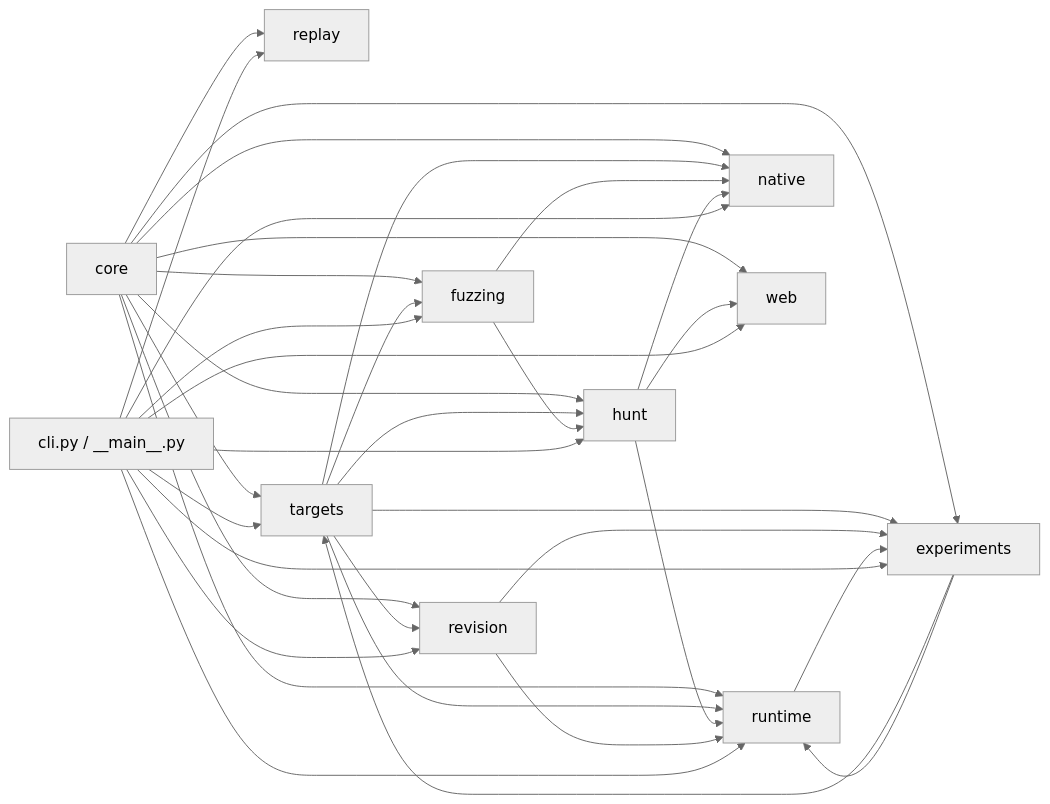
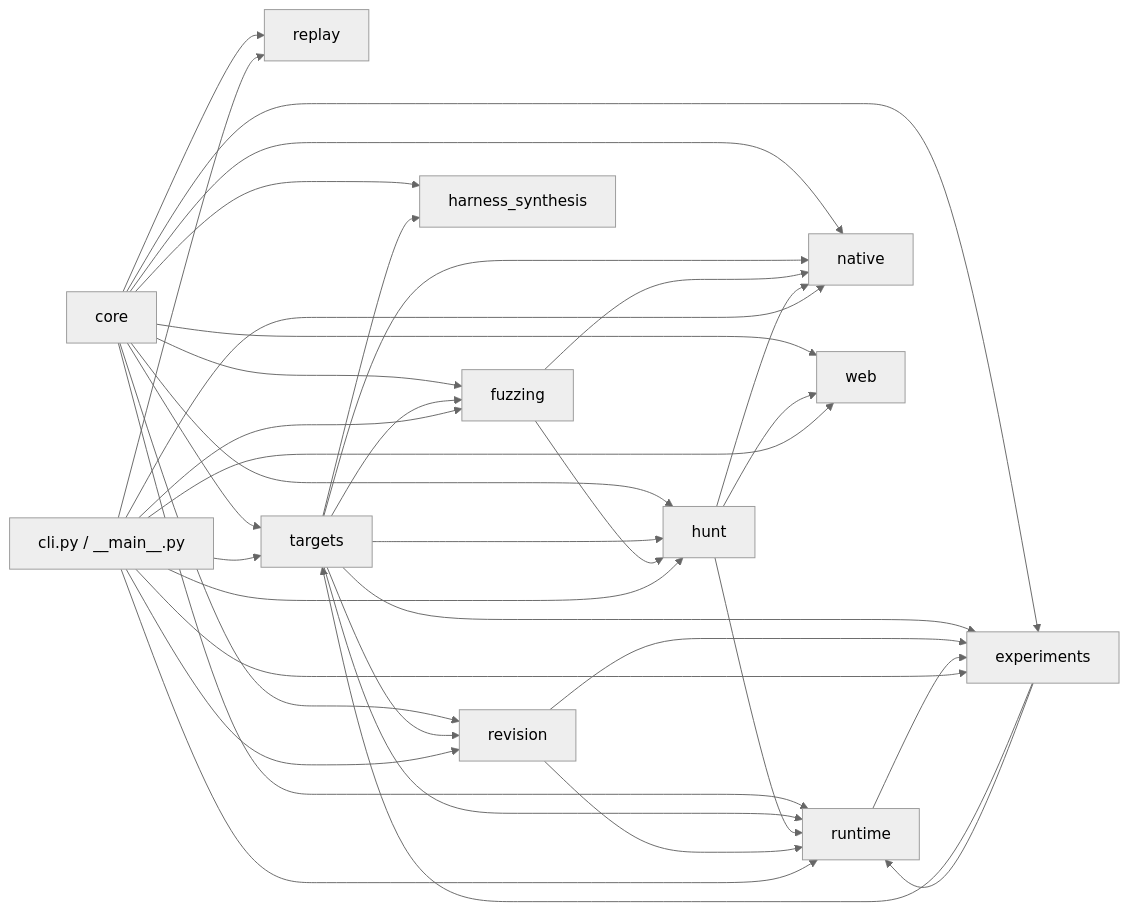
The second of 2 diagrams in docs/source-layout.md (SEORY0/dLLM_Agent), drawn with Mermaid (neutral theme) before and after one commit. The commit also changed other lines of this file and 8 other files, not shown here.

````diff
--- a/docs/source-layout.md
+++ b/docs/source-layout.md
@@ -54,37 +56,39 @@
 ```mermaid
 flowchart LR
     core --> replay
     core --> targets
     core --> fuzzing
     targets --> fuzzing
     core --> experiments
     targets --> experiments
     revision --> experiments
     runtime --> experiments
     experiments --> targets
     core --> hunt
     targets --> hunt
     fuzzing --> hunt
     core --> runtime
     targets --> runtime
     experiments --> runtime
     hunt --> runtime
     revision --> runtime
     core --> native
     targets --> native
     fuzzing --> native
     hunt --> native
     core --> revision
     targets --> revision
     core --> web
     hunt --> web
+    core --> harness_synthesis
+    targets --> harness_synthesis
     cli[cli.py / __main__.py] --> experiments
     cli[cli.py / __main__.py] --> replay
     cli --> targets
     cli --> fuzzing
     cli --> hunt
     cli --> runtime
     cli --> native
     cli --> revision
     cli --> web
 ```
````
